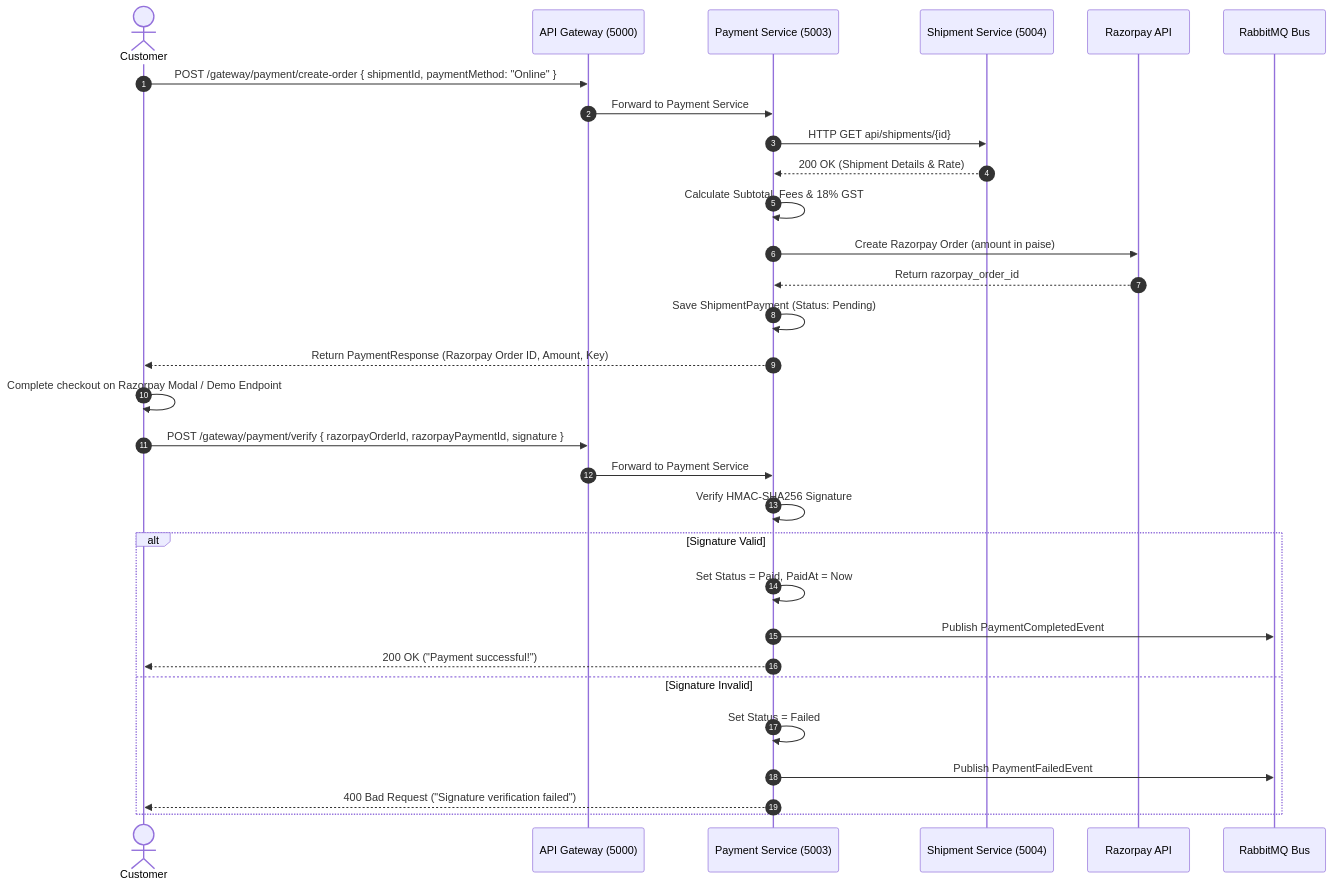
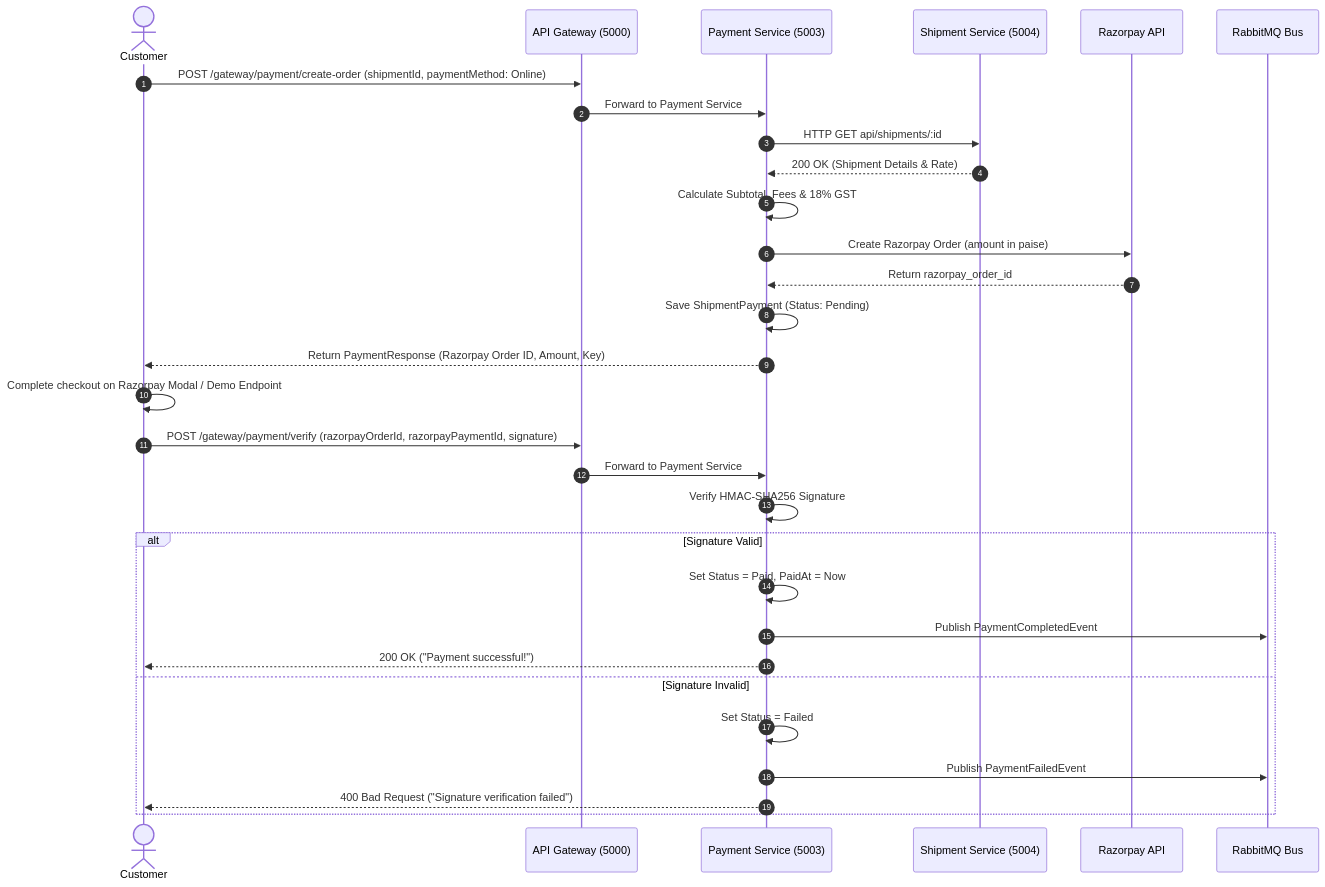
One commit to ranasaurabh191/SmartShip-2 changed the fifth of 7 diagrams in README.md. Above: the diagram before and after it, drawn with Mermaid. The commit also changed other lines of this file and 1 other file, not shown here.

Commit message:
Update in documentation

````diff
--- a/README.md
+++ b/README.md
@@ -530,34 +530,34 @@
 ```mermaid
 sequenceDiagram
     autonumber
     actor Customer
     participant Gateway as API Gateway (5000)
     participant Payment as Payment Service (5003)
     participant Shipment as Shipment Service (5004)
     participant Razorpay as Razorpay API
     participant Bus as RabbitMQ Bus
 
-    Customer->>Gateway: POST /gateway/payment/create-order { shipmentId, paymentMethod: "Online" }
+    Customer->>Gateway: POST /gateway/payment/create-order (shipmentId, paymentMethod: Online)
     Gateway->>Payment: Forward to Payment Service
-    Payment->>Shipment: HTTP GET api/shipments/{id}
+    Payment->>Shipment: HTTP GET api/shipments/:id
     Shipment-->>Payment: 200 OK (Shipment Details & Rate)
     Payment->>Payment: Calculate Subtotal, Fees & 18% GST
     Payment->>Razorpay: Create Razorpay Order (amount in paise)
     Razorpay-->>Payment: Return razorpay_order_id
     Payment->>Payment: Save ShipmentPayment (Status: Pending)
     Payment-->>Customer: Return PaymentResponse (Razorpay Order ID, Amount, Key)
 
     Customer->>Customer: Complete checkout on Razorpay Modal / Demo Endpoint
-    Customer->>Gateway: POST /gateway/payment/verify { razorpayOrderId, razorpayPaymentId, signature }
+    Customer->>Gateway: POST /gateway/payment/verify (razorpayOrderId, razorpayPaymentId, signature)
     Gateway->>Payment: Forward to Payment Service
     Payment->>Payment: Verify HMAC-SHA256 Signature
     alt Signature Valid
         Payment->>Payment: Set Status = Paid, PaidAt = Now
         Payment->>Bus: Publish PaymentCompletedEvent
         Payment-->>Customer: 200 OK ("Payment successful!")
     else Signature Invalid
         Payment->>Payment: Set Status = Failed
         Payment->>Bus: Publish PaymentFailedEvent
         Payment-->>Customer: 400 Bad Request ("Signature verification failed")
     end
 ```
````
